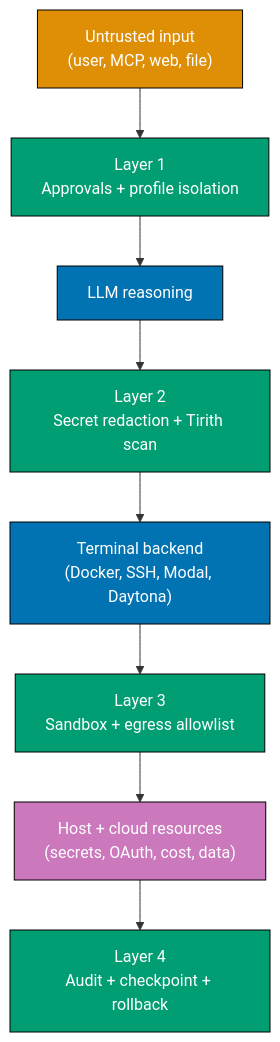
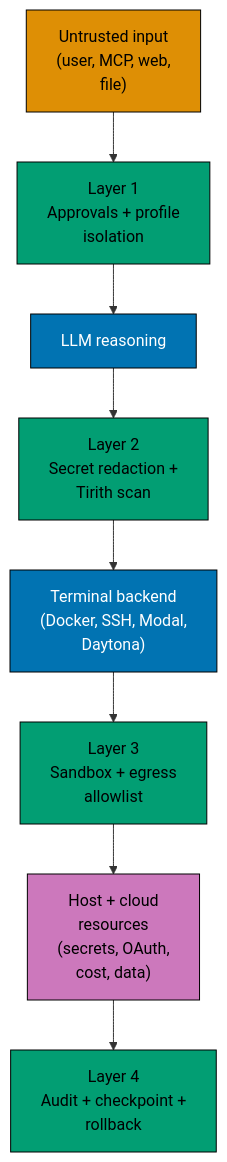
Before and after one commit to wahidyankf/ose-public: the second of 14 diagrams in apps/ayokoding-www/content/en/learn/legacy/artificial-intelligence/tools/hermes-agent/by-example/advanced.md, drawn with Mermaid. The commit also changed other lines of this file and 50 other files, not shown here.

First line of the commit message:
fix(mermaid): bring the docs, governance, plans, and legacy AI diagrams onto the accessible palette

````diff
--- a/apps/ayokoding-www/content/en/learn/legacy/artificial-intelligence/tools/hermes-agent/by-example/advanced.md
+++ b/apps/ayokoding-www/content/en/learn/legacy/artificial-intelligence/tools/hermes-agent/by-example/advanced.md
@@ -364,24 +372,31 @@
 ```mermaid
 %% Color Palette: Blue #0173B2, Orange #DE8F05, Teal #029E73, Purple #CC78BC, Brown #CA9161
 graph TD
-    A["Untrusted input<br/>(user, MCP, web, file)"]
+    accTitle: Security Threat Model: OWASP LLM Top 10 Mapping
+    accDescr: Graph with 8 nodes and 7 connections. Nodes: Untrusted input (user, MCP, web, file), LLM reasoning, Terminal backend (Docker, SSH, Modal, Daytona), Host + cloud resources (secrets, OAuth, cost, data), Layer 1 Approvals + profile isolation, Layer 2 Secret redaction + Tirith scan, Layer 3 Sandbox + egress allowlist, Layer 4 Audit + checkpoint + rollback. Connections: Untrusted input (user, MCP, web, file) to Layer 1 Approvals + profile isolation, Layer 1 Approvals + profile isolation to LLM reasoning, LLM reasoning to Layer 2 Secret redaction + Tirith scan, Layer 2 Secret redaction + Tirith scan to Terminal backend (Docker, SSH, Modal, Daytona), Terminal backend (Docker, SSH, Modal, Daytona) to Layer 3 Sandbox + egress allowlist, Layer 3 Sandbox + egress allowlist to Host + cloud resources (secrets, OAuth, cost, data), Host + cloud resources (secrets, OAuth, cost, data) to Layer 4 Audit + checkpoint + rollback.
+    A["Untrusted input<br/>(user, MCP, web,<br/>file)"]
     B["LLM reasoning"]
-    C["Terminal backend<br/>(Docker, SSH, Modal, Daytona)"]
-    D["Host + cloud resources<br/>(secrets, OAuth, cost, data)"]
-    E["Layer 1<br/>Approvals + profile isolation"]
-    F["Layer 2<br/>Secret redaction + Tirith scan"]
-    G["Layer 3<br/>Sandbox + egress allowlist"]
-    H["Layer 4<br/>Audit + checkpoint + rollback"]
+    C["Terminal backend<br/>(Docker, SSH, Modal,<br/>Daytona)"]
+    D["Host + cloud<br/>resources<br/>(secrets, OAuth,<br/>cost, data)"]
+    E["Layer 1<br/>Approvals + profile<br/>isolation"]
+    F["Layer 2<br/>Secret redaction +<br/>Tirith scan"]
+    G["Layer 3<br/>Sandbox + egress<br/>allowlist"]
+    H["Layer 4<br/>Audit + checkpoint +<br/>rollback"]
 
     A --> E --> B --> F --> C --> G --> D
     D --> H
 
-    style A fill:#DE8F05,stroke:#000,color:#fff
-    style B fill:#0173B2,stroke:#000,color:#fff
-    style C fill:#0173B2,stroke:#000,color:#fff
-    style D fill:#CC78BC,stroke:#000,color:#fff
-    style E fill:#029E73,stroke:#000,color:#fff
-    style F fill:#029E73,stroke:#000,color:#fff
-    style G fill:#029E73,stroke:#000,color:#fff
-    style H fill:#029E73,stroke:#000,color:#fff
+    classDef pal-DE8F05 fill:#DE8F05,stroke:#000000,color:#000000
+    class A pal-DE8F05
+    classDef pal-0173B2 fill:#0173B2,stroke:#000000,color:#FFFFFF
+    class B pal-0173B2
+    class C pal-0173B2
+    classDef pal-CC78BC fill:#CC78BC,stroke:#000000,color:#000000
+    class D pal-CC78BC
+    classDef pal-029E73 fill:#029E73,stroke:#000000,color:#000000
+    class E pal-029E73
+    class F pal-029E73
+    class G pal-029E73
+    class H pal-029E73
+    classDef default fill:#FFFFFF,stroke:#000000,color:#000000
 ```
````
